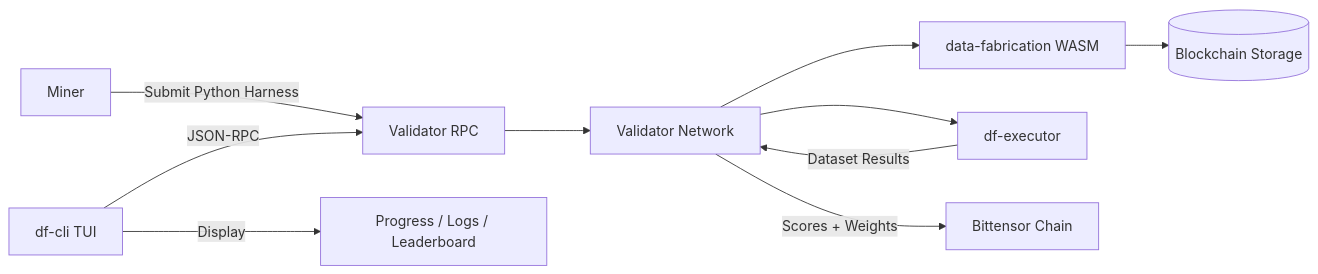
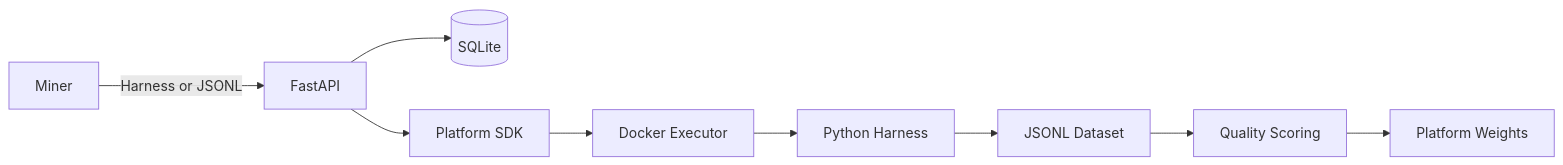
The first of 3 diagrams in README.md (PlatformNetwork/data-fabrication), drawn with Mermaid before and after one commit. The commit also changed other lines of this file and 90 other files, not shown here.

Commit message:
feat: convert challenge to Python Platform SDK

````diff
--- a/README.md
+++ b/README.md
@@ -34,12 +42,11 @@
 ```mermaid
 flowchart LR
-    Miner[Miner] -->|Submit Python Harness| RPC[Validator RPC]
-    RPC --> Validators[Validator Network]
-    Validators --> WASM[data-fabrication WASM]
-    WASM --> Storage[(Blockchain Storage)]
-    Validators --> Executor[df-executor]
-    Executor -->|Dataset Results| Validators
-    Validators -->|Scores + Weights| BT[Bittensor Chain]
-    CLI[df-cli TUI] -->|JSON-RPC| RPC
-    CLI -->|Display| Monitor[Progress / Logs / Leaderboard]
+    Miner[Miner] -->|Harness or JSONL| API[FastAPI]
+    API --> DB[(SQLite)]
+    API --> SDK[Platform SDK]
+    SDK --> Docker[Docker Executor]
+    Docker --> Harness[Python Harness]
+    Harness --> Dataset[JSONL Dataset]
+    Dataset --> Score[Quality Scoring]
+    Score --> Weights[Platform Weights]
 ```
````
